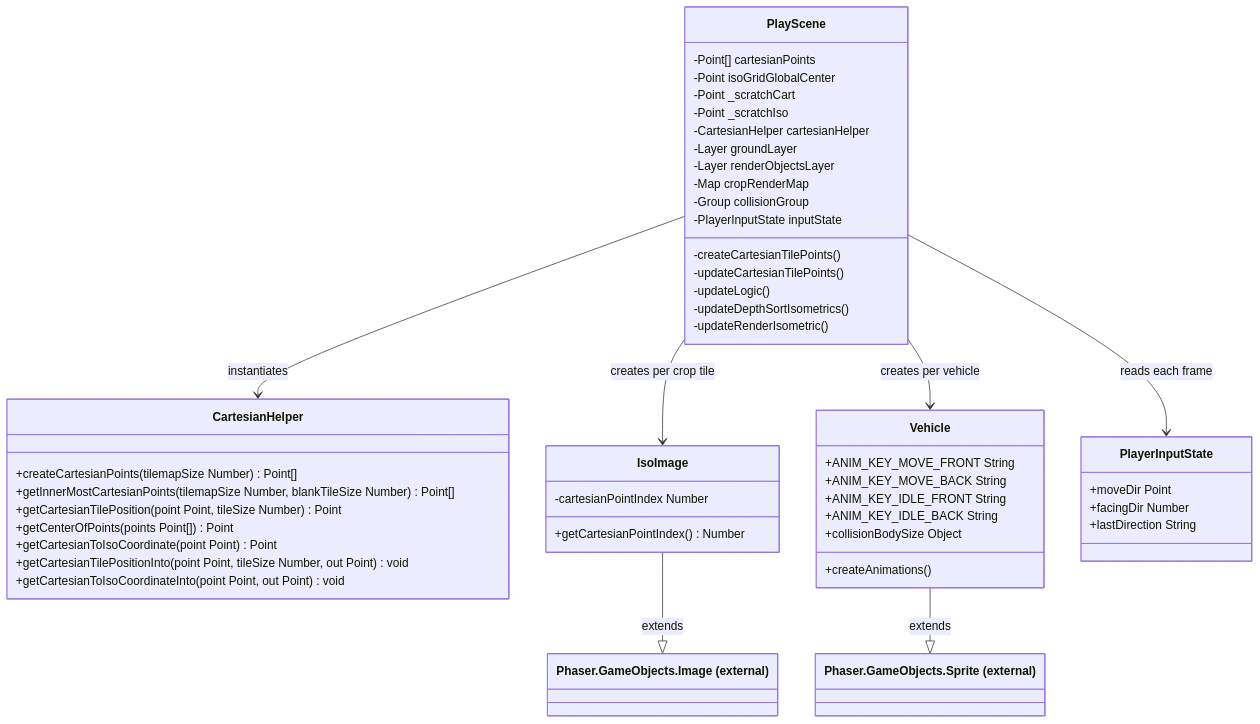
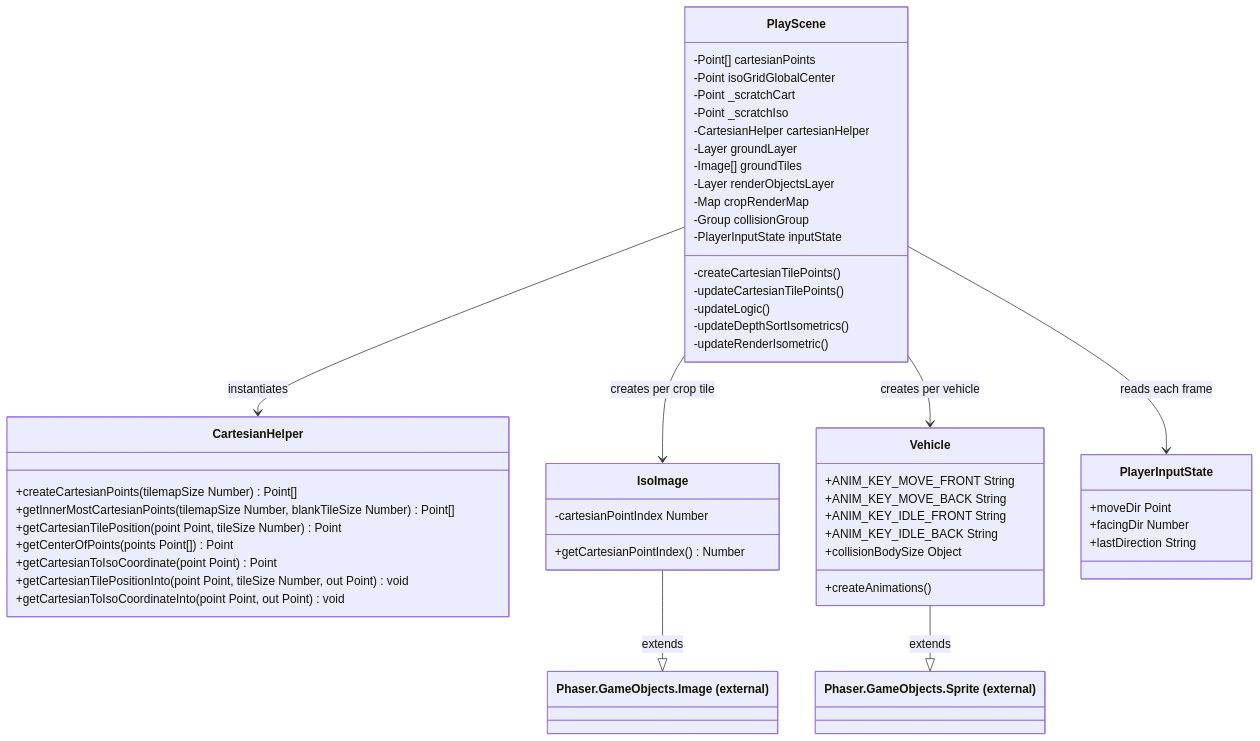
One commit to f0rdP3rf3ct/tractor changed the second of 2 diagrams in documentation/architecture/isometricRendering/isometricRendering.md. Above: the diagram before and after it, drawn with Mermaid. The commit also changed other lines of this file and 2 other files, not shown here.

Commit message:
coupled cartesianPoints and the tiles more tightly

````diff
--- a/documentation/architecture/isometricRendering/isometricRendering.md
+++ b/documentation/architecture/isometricRendering/isometricRendering.md
@@ -161,59 +161,60 @@
 ```mermaid
 classDiagram
     class PlayScene{
         -Point[] cartesianPoints
         -Point isoGridGlobalCenter
         -Point _scratchCart
         -Point _scratchIso
         -CartesianHelper cartesianHelper
         -Layer groundLayer
+        -Image[] groundTiles
         -Layer renderObjectsLayer
         -Map cropRenderMap
         -Group collisionGroup
         -PlayerInputState inputState
         -createCartesianTilePoints()
         -updateCartesianTilePoints()
         -updateLogic()
         -updateDepthSortIsometrics()
         -updateRenderIsometric()
     }
 
     class CartesianHelper{
         +createCartesianPoints(tilemapSize Number) Point[]
         +getInnerMostCartesianPoints(tilemapSize Number, blankTileSize Number) Point[]
         +getCartesianTilePosition(point Point, tileSize Number) Point
         +getCenterOfPoints(points Point[]) Point
         +getCartesianToIsoCoordinate(point Point) Point
         +getCartesianTilePositionInto(point Point, tileSize Number, out Point) void
         +getCartesianToIsoCoordinateInto(point Point, out Point) void
     }
 
     class IsoImage{
         -cartesianPointIndex Number
         +getCartesianPointIndex() Number
     }
 
     class Vehicle{
         +ANIM_KEY_MOVE_FRONT String
         +ANIM_KEY_MOVE_BACK String
         +ANIM_KEY_IDLE_FRONT String
         +ANIM_KEY_IDLE_BACK String
         +collisionBodySize Object
         +createAnimations()
     }
 
     class PlayerInputState{
         +moveDir Point
         +facingDir Number
         +lastDirection String
     }
 
     PlayScene --> CartesianHelper : instantiates
     PlayScene --> IsoImage : creates per crop tile
     PlayScene --> Vehicle : creates per vehicle
     PlayScene --> PlayerInputState : reads each frame
     IsoImage --|> Phaser_GameObjects_Image : extends
     Vehicle --|> Phaser_GameObjects_Sprite : extends
     class Phaser_GameObjects_Image["Phaser.GameObjects.Image (external)"]
     class Phaser_GameObjects_Sprite["Phaser.GameObjects.Sprite (external)"]
 ```
````
